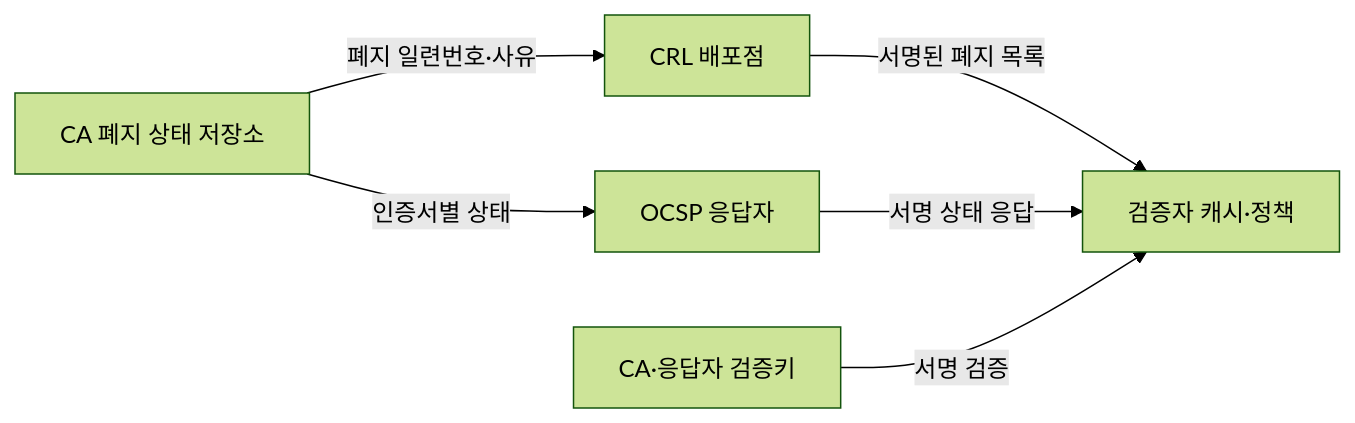
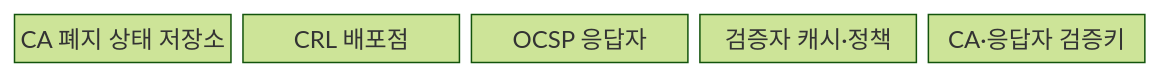
One commit to agnusdei1207/knowledge-base changed the first of 2 diagrams in src/content/docs/notes/05-security/010_crl_ocsp_certificate_revocation.md. Above: the diagram before and after it, drawn with Mermaid (forest theme). The commit also changed other lines of this file and 22 other files, not shown here.

````diff
--- a/src/content/docs/notes/05-security/010_crl_ocsp_certificate_revocation.md
+++ b/src/content/docs/notes/05-security/010_crl_ocsp_certificate_revocation.md
@@ -55,8 +57,9 @@
 ```mermaid
-flowchart LR
-    C["CA 폐지 상태 저장소"] -->|"폐지 일련번호·사유"| L["CRL 배포점"]
-    C -->|"인증서별 상태"| O["OCSP 응답자"]
-    L -->|"서명된 폐지 목록"| V["검증자 캐시·정책"]
-    O -->|"서명 상태 응답"| V
-    T["CA·응답자 검증키"] -->|"서명 검증"| V
+block-beta
+    columns 5
+    C["CA 폐지 상태 저장소"]
+    L["CRL 배포점"]
+    O["OCSP 응답자"]
+    V["검증자 캐시·정책"]
+    T["CA·응답자 검증키"]
 ```
````
